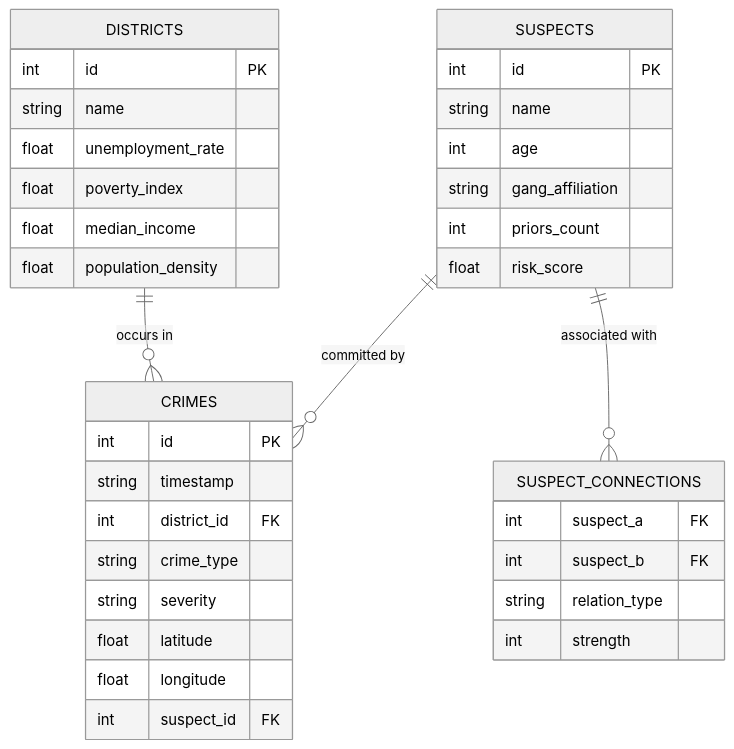
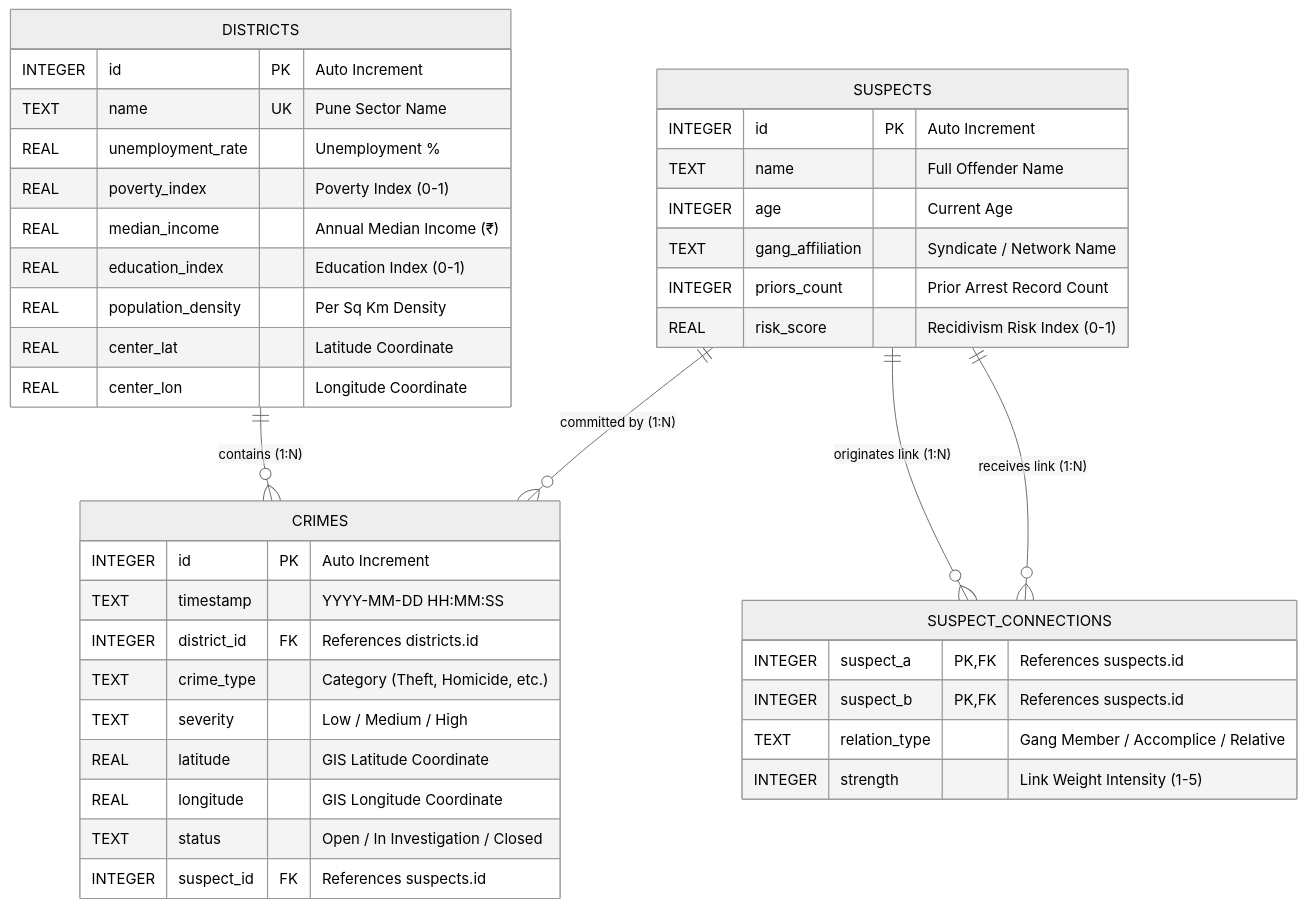
Before and after one commit to AviBhosale01/Crime-Project: the diagram in README.md, drawn with Mermaid (neutral theme). The commit also changed other lines of this file, not shown here.

Commit message:
Overhaul Database Schema section in README.md with relationship tree, enhanced Mermaid ERD, and table field specs

````diff
--- a/README.md
+++ b/README.md
@@ -73,42 +85,47 @@
 ```mermaid
 erDiagram
-    DISTRICTS ||--o{ CRIMES : "occurs in"
-    SUSPECTS ||--o{ CRIMES : "committed by"
-    SUSPECTS ||--o{ SUSPECT_CONNECTIONS : "associated with"
+    DISTRICTS ||--o{ CRIMES : "contains (1:N)"
+    SUSPECTS ||--o{ CRIMES : "committed by (1:N)"
+    SUSPECTS ||--o{ SUSPECT_CONNECTIONS : "originates link (1:N)"
+    SUSPECTS ||--o{ SUSPECT_CONNECTIONS : "receives link (1:N)"
 
     DISTRICTS {
-        int id PK
-        string name
-        float unemployment_rate
-        float poverty_index
-        float median_income
-        float population_density
+        INTEGER id PK "Auto Increment"
+        TEXT name UK "Pune Sector Name"
+        REAL unemployment_rate "Unemployment %"
+        REAL poverty_index "Poverty Index (0-1)"
+        REAL median_income "Annual Median Income (₹)"
+        REAL education_index "Education Index (0-1)"
+        REAL population_density "Per Sq Km Density"
+        REAL center_lat "Latitude Coordinate"
+        REAL center_lon "Longitude Coordinate"
     }
 
     SUSPECTS {
-        int id PK
-        string name
-        int age
-        string gang_affiliation
-        int priors_count
-        float risk_score
+        INTEGER id PK "Auto Increment"
+        TEXT name "Full Offender Name"
+        INTEGER age "Current Age"
+        TEXT gang_affiliation "Syndicate / Network Name"
+        INTEGER priors_count "Prior Arrest Record Count"
+        REAL risk_score "Recidivism Risk Index (0-1)"
     }
 
     CRIMES {
-        int id PK
-        string timestamp
-        int district_id FK
-        string crime_type
-        string severity
-        float latitude
-        float longitude
-        int suspect_id FK
+        INTEGER id PK "Auto Increment"
+        TEXT timestamp "YYYY-MM-DD HH:MM:SS"
+        INTEGER district_id FK "References districts.id"
+        TEXT crime_type "Category (Theft, Homicide, etc.)"
+        TEXT severity "Low / Medium / High"
+        REAL latitude "GIS Latitude Coordinate"
+        REAL longitude "GIS Longitude Coordinate"
+        TEXT status "Open / In Investigation / Closed"
+        INTEGER suspect_id FK "References suspects.id"
     }
 
     SUSPECT_CONNECTIONS {
-        int suspect_a FK
-        int suspect_b FK
-        string relation_type
-        int strength
+        INTEGER suspect_a PK,FK "References suspects.id"
+        INTEGER suspect_b PK,FK "References suspects.id"
+        TEXT relation_type "Gang Member / Accomplice / Relative"
+        INTEGER strength "Link Weight Intensity (1-5)"
     }
 ```
````
